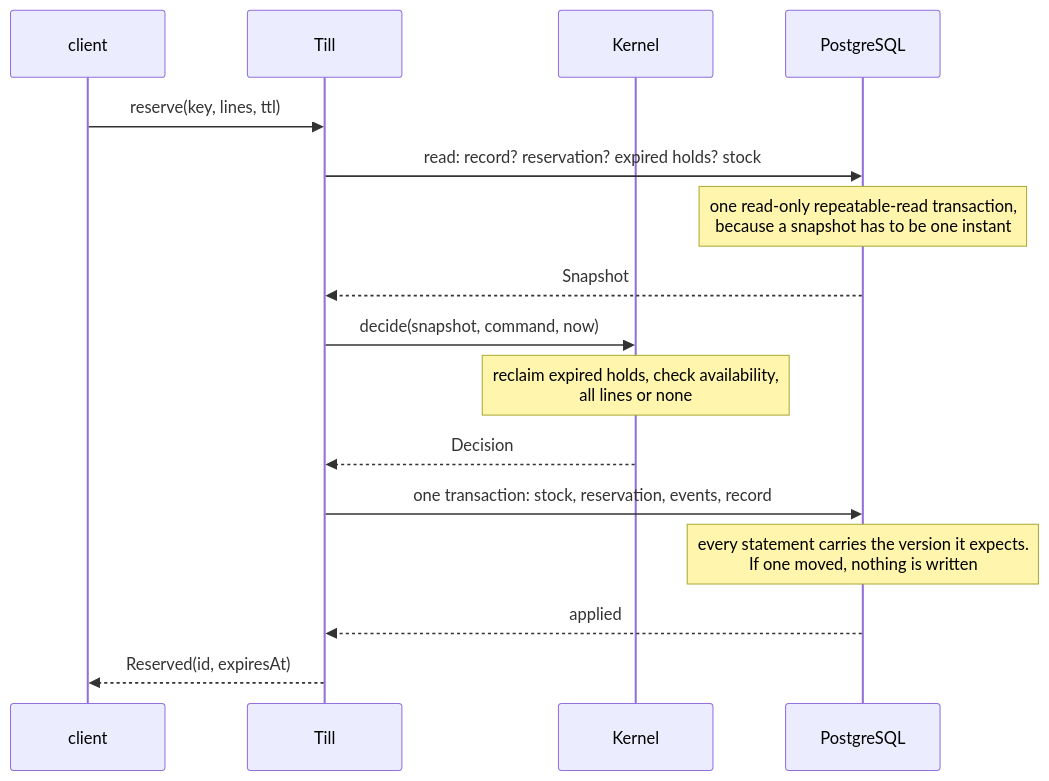
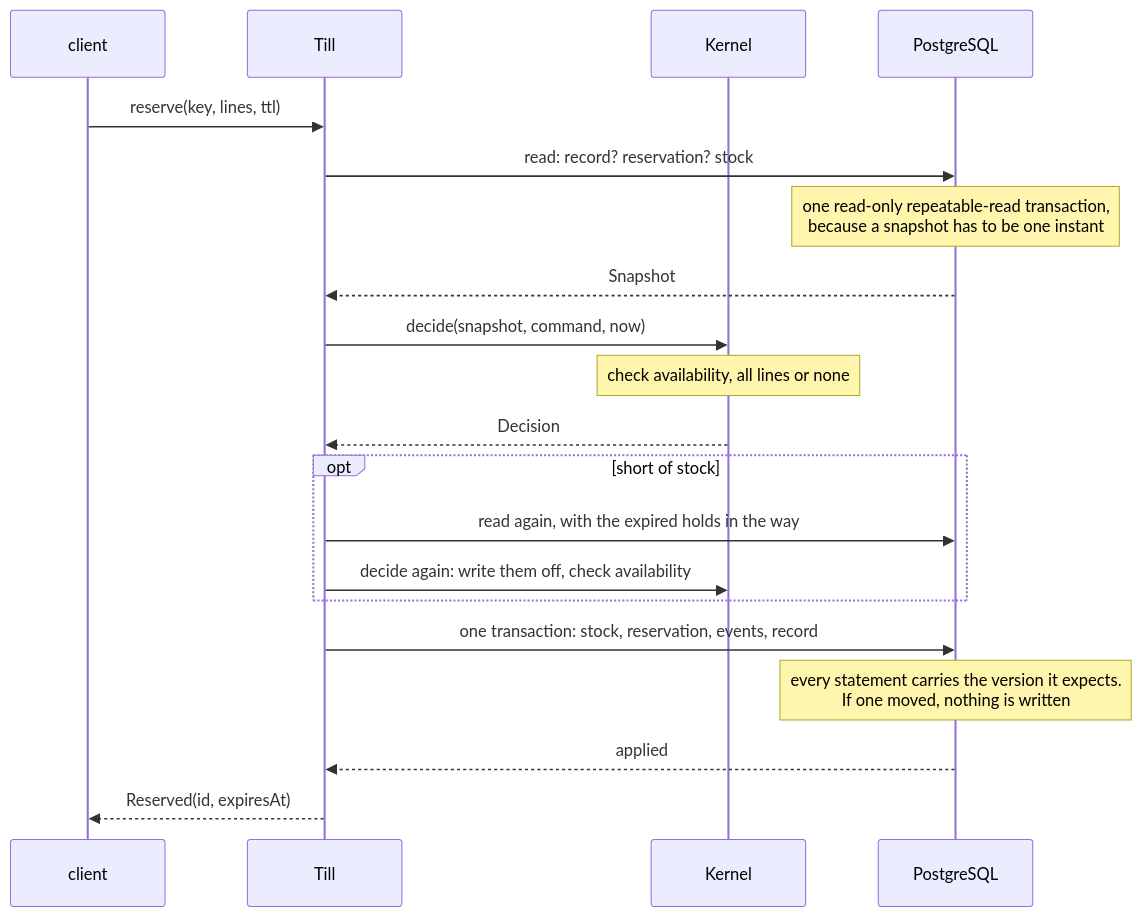
One commit to jason-te-sde/till changed the third of 3 diagrams in README.md. Above: the diagram before and after it, drawn with Mermaid. The commit also changed other lines of this file and 14 other files, not shown here.

````diff
--- a/README.md
+++ b/README.md
@@ -333,19 +333,23 @@
 ```mermaid
 sequenceDiagram
     participant C as client
     participant T as Till
     participant K as Kernel
     participant D as PostgreSQL
 
     C->>T: reserve(key, lines, ttl)
-    T->>D: read: record? reservation? expired holds? stock
+    T->>D: read: record? reservation? stock
     Note over D: one read-only repeatable-read transaction,<br/>because a snapshot has to be one instant
     D-->>T: Snapshot
     T->>K: decide(snapshot, command, now)
-    Note over K: reclaim expired holds, check availability,<br/>all lines or none
+    Note over K: check availability, all lines or none
     K-->>T: Decision
+    opt short of stock
+        T->>D: read again, with the expired holds in the way
+        T->>K: decide again: write them off, check availability
+    end
     T->>D: one transaction: stock, reservation, events, record
     Note over D: every statement carries the version it expects.<br/>If one moved, nothing is written
     D-->>T: applied
     T-->>C: Reserved(id, expiresAt)
 ```
````
